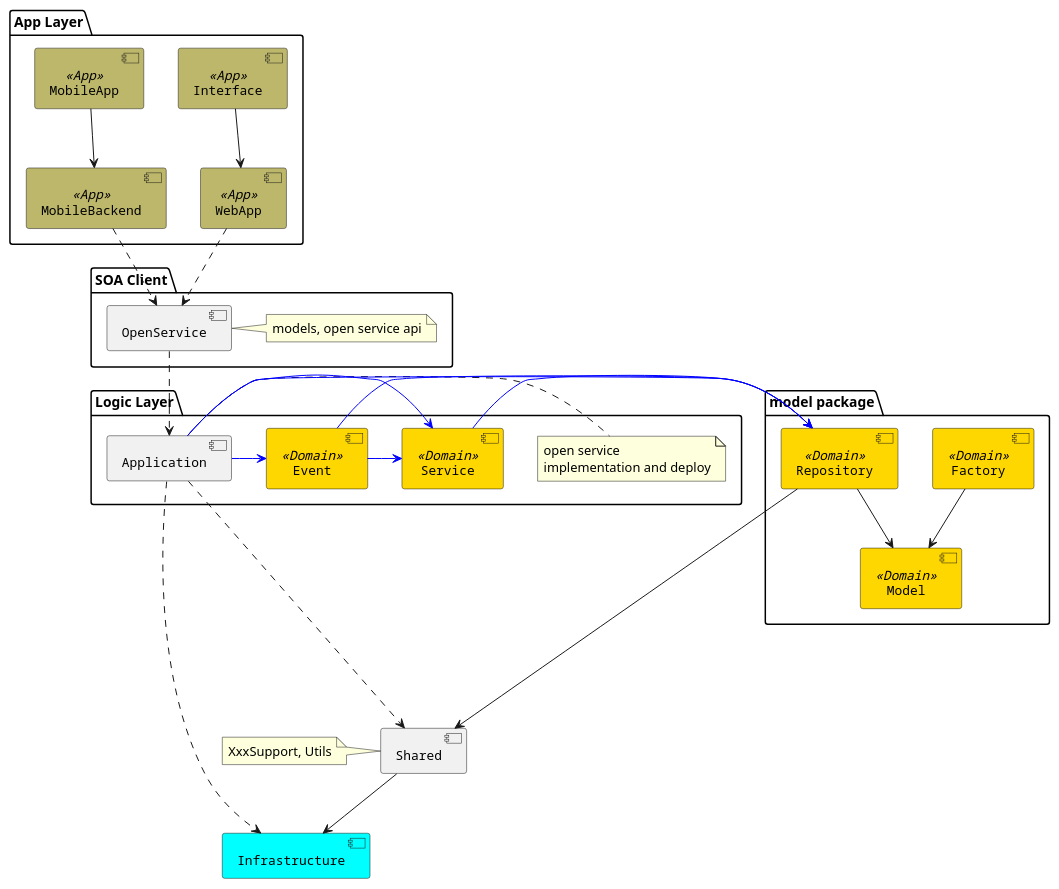
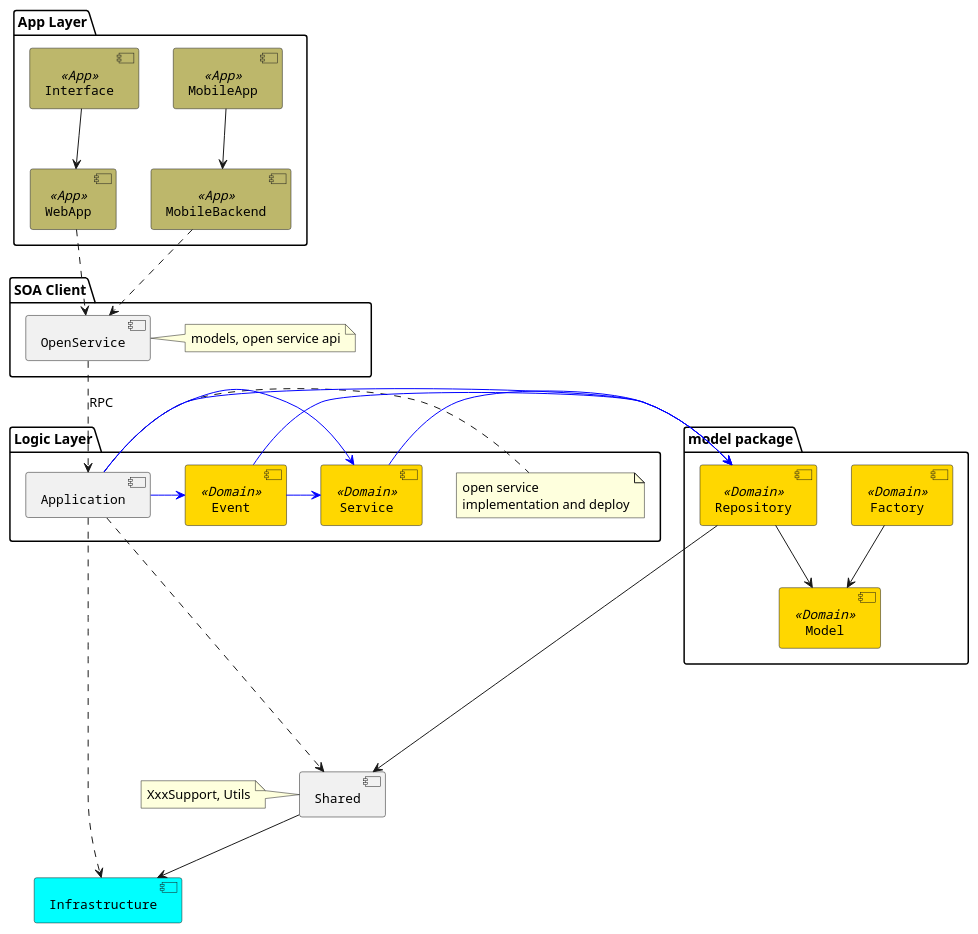
The diagram in src/main/puml/ddd-components.puml (linux-china/ddd-base), drawn with PlantUML before and after one commit.

Commit message:
add comment

```diff
--- a/src/main/puml/ddd-components.puml
+++ b/src/main/puml/ddd-components.puml
@@ -1,58 +1,58 @@
 @startuml
 
 [Infrastructure] #Aqua
 [Shared]
 note left of Shared : XxxSupport, Utils
 
 package "model package" {
    [Model] <<Domain>>
    [Repository] <<Domain>>
    [Factory] <<Domain>>
 }
 package "Logic Layer" {
    [Service] <<Domain>>
    [Event] <<Domain>>
    [Application]
    note right of Application : open service\nimplementation and deploy
 }
 
 package "SOA Client" {
    [OpenService]
    note right of OpenService : models, open service api
 }
 
 package "App Layer" {
     [WebApp] <<App>>
     [MobileBackend] <<App>>
     [Interface] <<App>>
     [MobileApp] <<App>>
 }
 
 [Shared] --> [Infrastructure]
 [Repository] --> [Shared]
 [Repository] --> [Model]
 [Service] -[#0000FF]> [Repository]
 [Factory] --> [Model]
 [Event] -[#0000FF]> [Service]
 [Event] -[#0000FF]> [Repository]
 [Application] -[#0000FF]> [Repository]
 [Application] -[#0000FF]> [Service]
 [Application] -[#0000FF]> [Event]
 [Application] ....> [Infrastructure]
 [Application] ....> [Shared]
 
-[OpenService] ..> [Application]
+[OpenService] ..> [Application]: RPC
 
 [WebApp] ..> [OpenService]
 [Interface] --> [WebApp]
 [MobileBackend] ..> [OpenService]
 [MobileApp] --> [MobileBackend]
 
 skinparam component {
   FontSize 13
   BackgroundColor<<Domain>> gold
   BackgroundColor<<App>> DarkKhaki
   FontName Courier
 }
 
 @enduml
```
